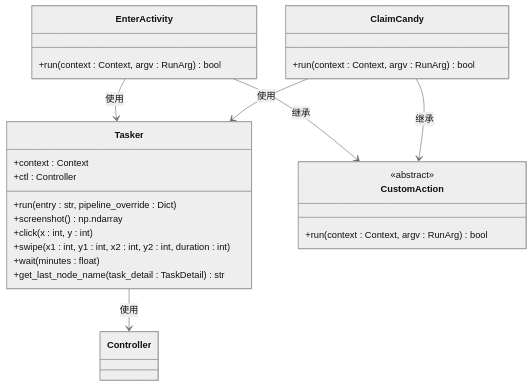
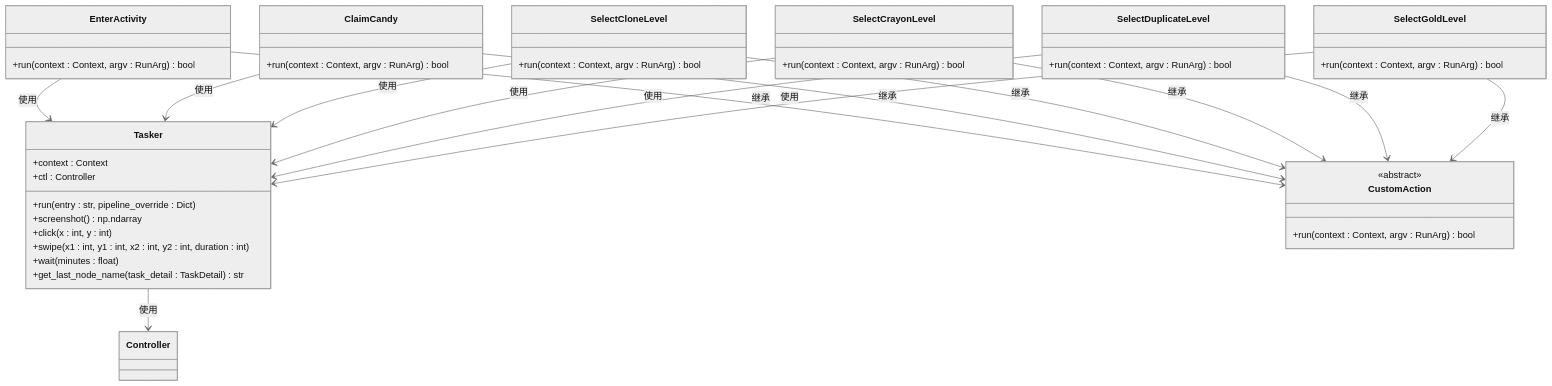
The third of 4 diagrams in .qoder/repowiki/zh/content/开发者指南/自定义模块开发/自定义识别与操作开发/自定义操作器开发.md (kqcoxn/MaaDuDuL), drawn with Mermaid (neutral theme) before and after one commit. The commit also changed other lines of this file and 18 other files, not shown here.

````diff
--- a/.qoder/repowiki/zh/content/开发者指南/自定义模块开发/自定义识别与操作开发/自定义操作器开发.md
+++ b/.qoder/repowiki/zh/content/开发者指南/自定义模块开发/自定义识别与操作开发/自定义操作器开发.md
@@ -164,28 +170,48 @@
 ```mermaid
 classDiagram
 class Tasker {
 +context : Context
 +ctl : Controller
 +run(entry : str, pipeline_override : Dict)
 +screenshot() np.ndarray
 +click(x : int, y : int)
 +swipe(x1 : int, y1 : int, x2 : int, y2 : int, duration : int)
 +wait(minutes : float)
 +get_last_node_name(task_detail : TaskDetail) str
 }
 class CustomAction {
 <<abstract>>
 +run(context : Context, argv : RunArg) bool
 }
 class EnterActivity {
 +run(context : Context, argv : RunArg) bool
 }
 class ClaimCandy {
 +run(context : Context, argv : RunArg) bool
 }
+class SelectCloneLevel {
++run(context : Context, argv : RunArg) bool
+}
+class SelectCrayonLevel {
++run(context : Context, argv : RunArg) bool
+}
+class SelectDuplicateLevel {
++run(context : Context, argv : RunArg) bool
+}
+class SelectGoldLevel {
++run(context : Context, argv : RunArg) bool
+}
 Tasker --> Controller : 使用
 EnterActivity --> CustomAction : 继承
 ClaimCandy --> CustomAction : 继承
+SelectCloneLevel --> CustomAction : 继承
+SelectCrayonLevel --> CustomAction : 继承
+SelectDuplicateLevel --> CustomAction : 继承
+SelectGoldLevel --> CustomAction : 继承
 EnterActivity --> Tasker : 使用
 ClaimCandy --> Tasker : 使用
+SelectCloneLevel --> Tasker : 使用
+SelectCrayonLevel --> Tasker : 使用
+SelectDuplicateLevel --> Tasker : 使用
+SelectGoldLevel --> Tasker : 使用
 ```
````
